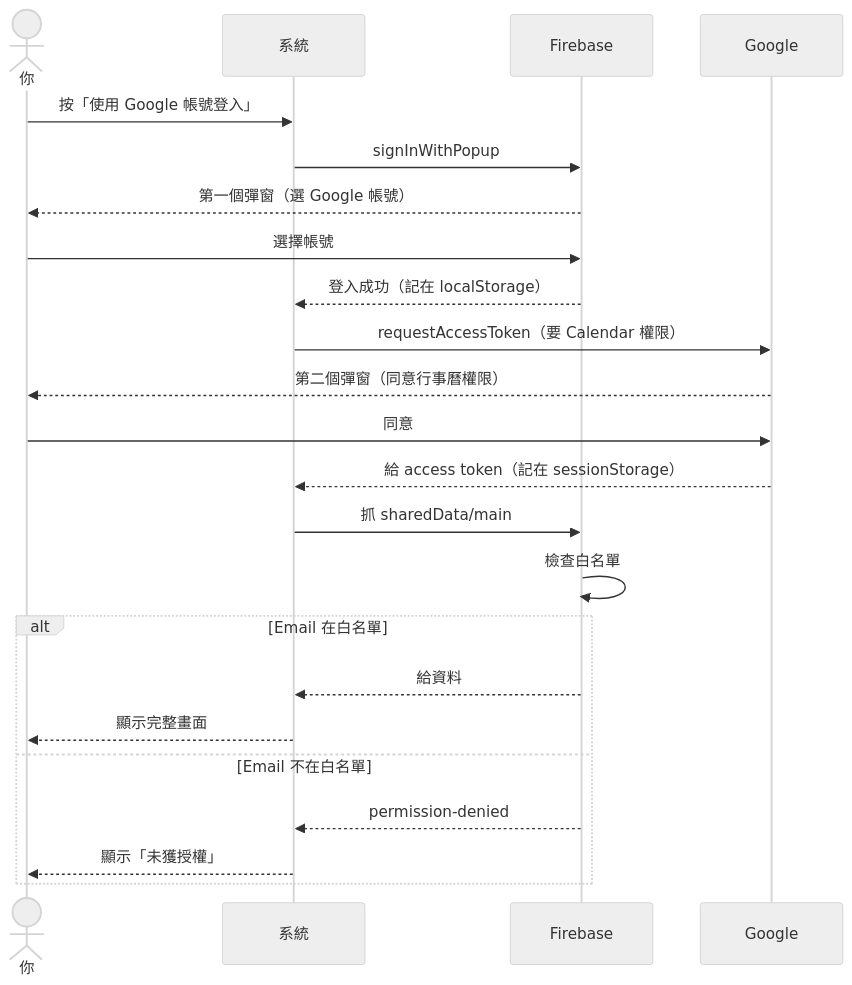
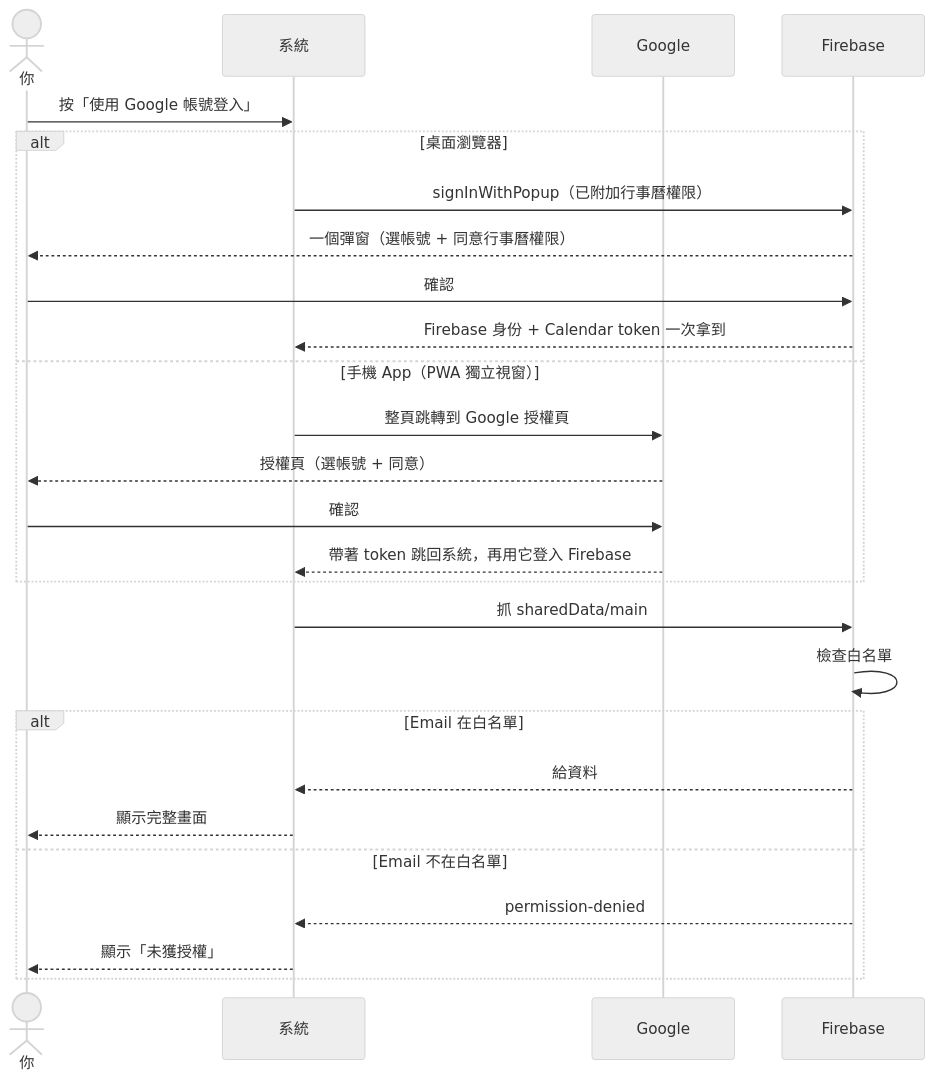
One commit to jyunz47/hobe-system changed the third of 7 diagrams in mds/系統地圖.md. Above: the diagram before and after it, drawn with Mermaid (neutral theme). The commit also changed other lines of this file and 6 other files, not shown here.

First line of the commit message:
文件大整理：建 archive 封存制、修進展紀錄排序、系統地圖更新至模組現況

````diff
--- a/mds/系統地圖.md
+++ b/mds/系統地圖.md
@@ -205,26 +206,29 @@
 ```mermaid
 sequenceDiagram
     actor 你
     participant 系統
+    participant Google
     participant Firebase
-    participant Google
 
     你->>系統: 按「使用 Google 帳號登入」
-    系統->>Firebase: signInWithPopup
-    Firebase-->>你: 第一個彈窗（選 Google 帳號）
-    你->>Firebase: 選擇帳號
-    Firebase-->>系統: 登入成功（記在 localStorage）
-    系統->>Google: requestAccessToken（要 Calendar 權限）
-    Google-->>你: 第二個彈窗（同意行事曆權限）
-    你->>Google: 同意
-    Google-->>系統: 給 access token（記在 sessionStorage）
+    alt 桌面瀏覽器
+        系統->>Firebase: signInWithPopup（已附加行事曆權限）
+        Firebase-->>你: 一個彈窗（選帳號 + 同意行事曆權限）
+        你->>Firebase: 確認
+        Firebase-->>系統: Firebase 身份 + Calendar token 一次拿到
+    else 手機 App（PWA 獨立視窗）
+        系統->>Google: 整頁跳轉到 Google 授權頁
+        Google-->>你: 授權頁（選帳號 + 同意）
+        你->>Google: 確認
+        Google-->>系統: 帶著 token 跳回系統，再用它登入 Firebase
+    end
     系統->>Firebase: 抓 sharedData/main
     Firebase->>Firebase: 檢查白名單
     alt Email 在白名單
         Firebase-->>系統: 給資料
         系統-->>你: 顯示完整畫面
     else Email 不在白名單
         Firebase-->>系統: permission-denied
         系統-->>你: 顯示「未獲授權」
     end
 ```
````
